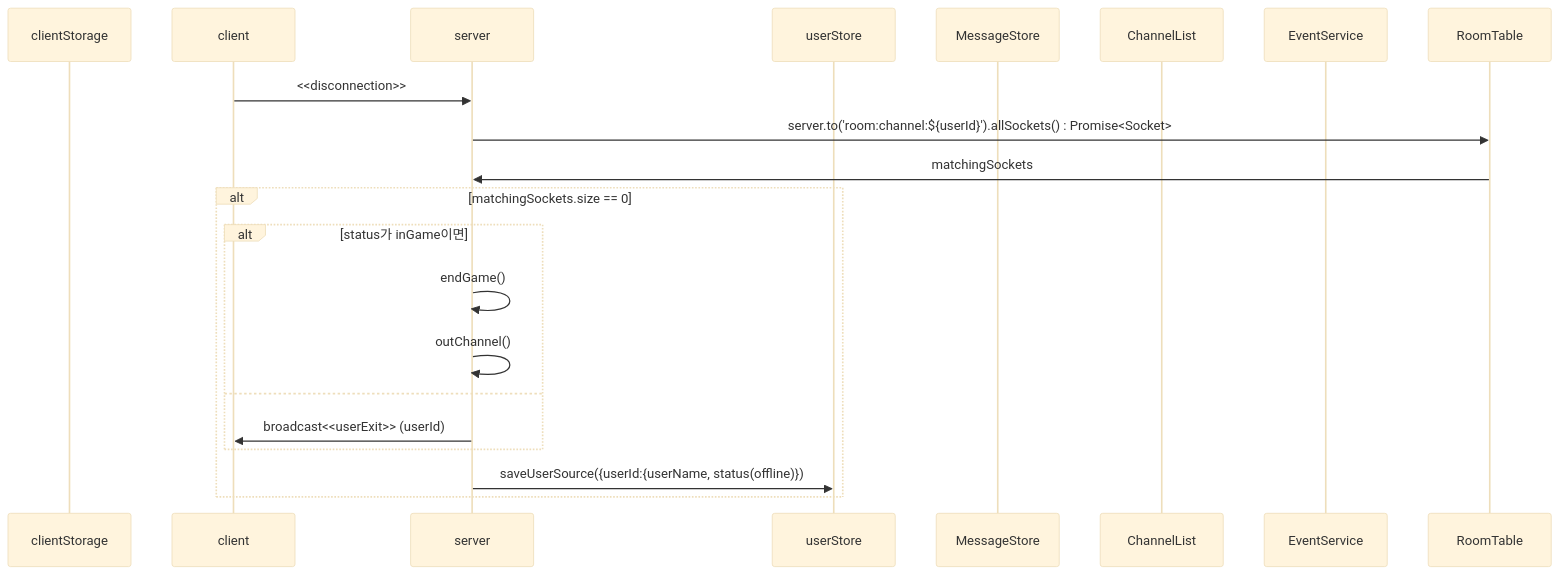
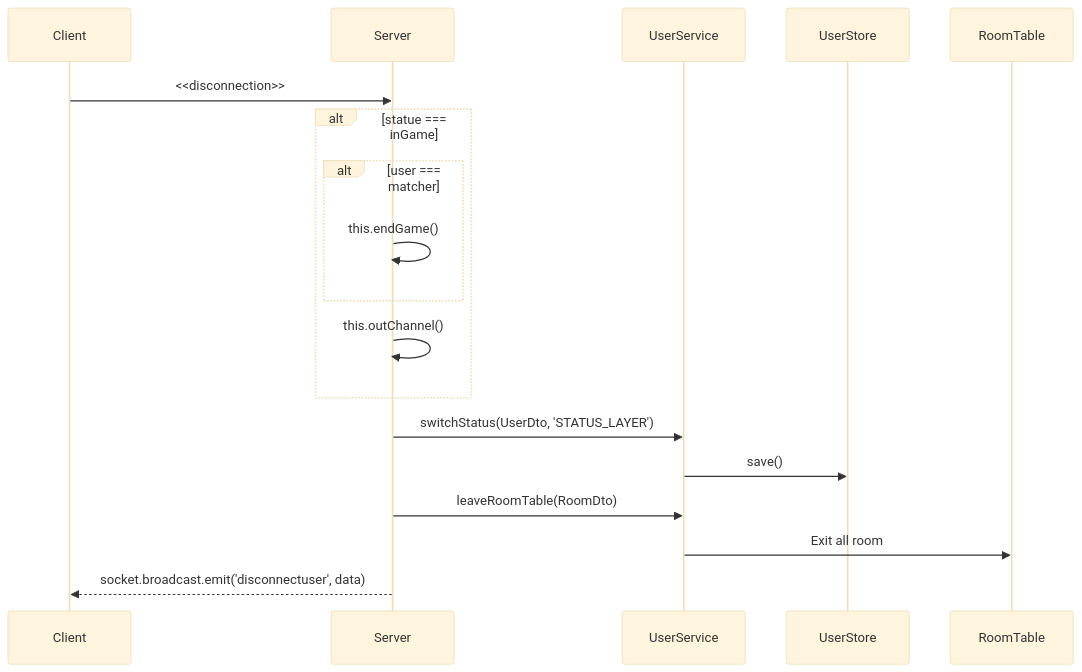
One commit to mtak0235/simmons_transcendence changed the second of 20 diagrams in backend/node/app/event.md. Above: the diagram before and after it, drawn with Mermaid (base theme). The commit also changed other lines of this file, not shown here.

Commit message:
refactor: 백엔드 소켓 시퀀스 다이어그램 순서 정리 & 요청 응답 값 구체화

````diff
--- a/backend/node/app/event.md
+++ b/backend/node/app/event.md
@@ -57,24 +145,21 @@
 ```mermaid
 sequenceDiagram
-participant cls as clientStorage
-participant c as client
-participant ga as server
-participant ss as userStore
-participant ms as MessageStore
-participant cns as ChannelList
-participant cs as EventService
+participant c as Client
+participant ga as Server
+participant us as UserService
+participant ss as UserStore
 participant rt as RoomTable
 
 c->>ga: <<disconnection>>
-ga->>rt: server.to('room:channel:${userId}').allSockets() : Promise<Socket>
-rt->>ga: matchingSockets
-alt matchingSockets.size == 0
-alt status가 inGame이면 
-ga->>ga: endGame()
-ga->>ga: outChannel()
-else
-ga->>c: broadcast<<userExit>> (userId)
+alt statue === inGame
+alt user === matcher
+ga->>ga: this.endGame()
 end
-ga->>ss: saveUserSource({userId:{userName, status(offline)})
+ga->>ga: this.outChannel()
 end
+ga->>us: switchStatus(UserDto, 'STATUS_LAYER')
+us->>ss: save()
+ga->>us: leaveRoomTable(RoomDto)
+us->>rt: Exit all room
+ga-->>c: socket.broadcast.emit('disconnectuser', data)
 ```
````
